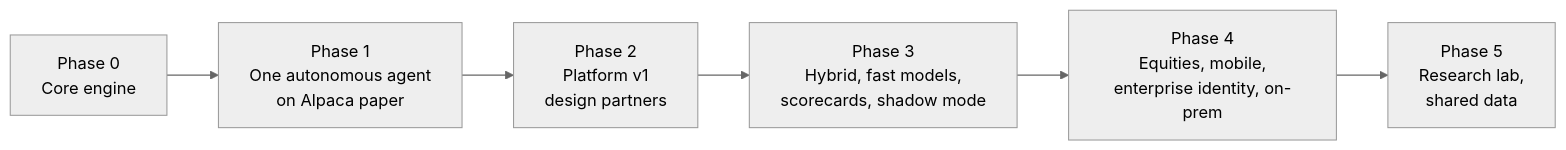
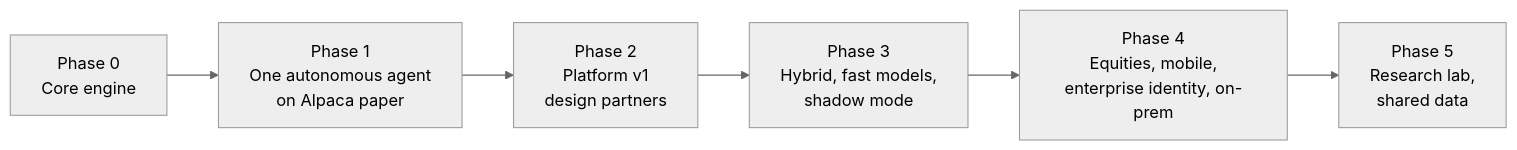
One commit to kunwarshivam/mandate changed the diagram in docs/product/05-roadmap.md. Above: the diagram before and after it, drawn with Mermaid (neutral theme). The commit also changed other lines of this file and 11 other files, not shown here.

First line of the commit message:
Direction follow-ups: evidence loop, correlated flow, input hardening, counsel now, thin slice (DEC-99 to DEC-103) (#57)

````diff
--- a/docs/product/05-roadmap.md
+++ b/docs/product/05-roadmap.md
@@ -11,8 +11,8 @@
 ```mermaid
 flowchart LR
     P0["Phase 0<br/>Core engine"] --> P1["Phase 1<br/>One autonomous agent<br/>on Alpaca paper"]
     P1 --> P2["Phase 2<br/>Platform v1<br/>design partners"]
-    P2 --> P3["Phase 3<br/>Hybrid, fast models,<br/>scorecards, shadow mode"]
+    P2 --> P3["Phase 3<br/>Hybrid, fast models,<br/>shadow mode"]
     P3 --> P4["Phase 4<br/>Equities, mobile,<br/>enterprise identity, on-prem"]
     P4 --> P5["Phase 5<br/>Research lab,<br/>shared data"]
 ```
````
